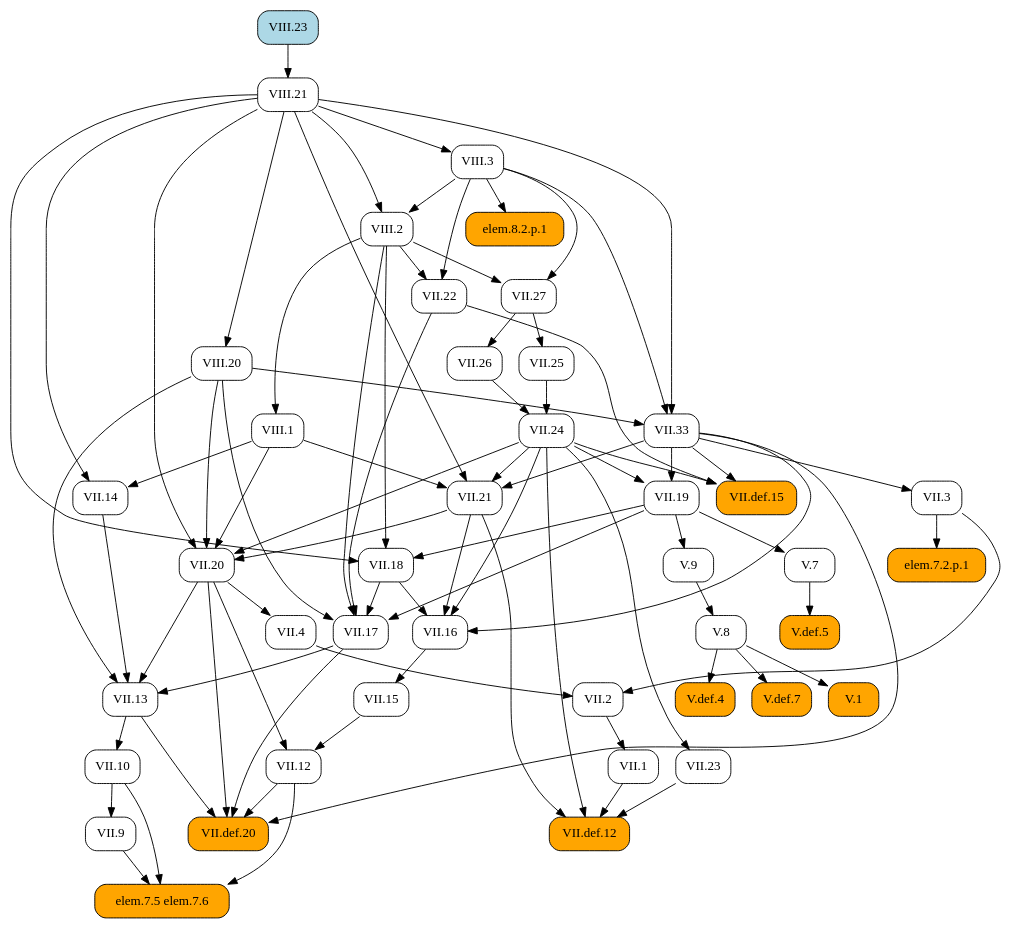
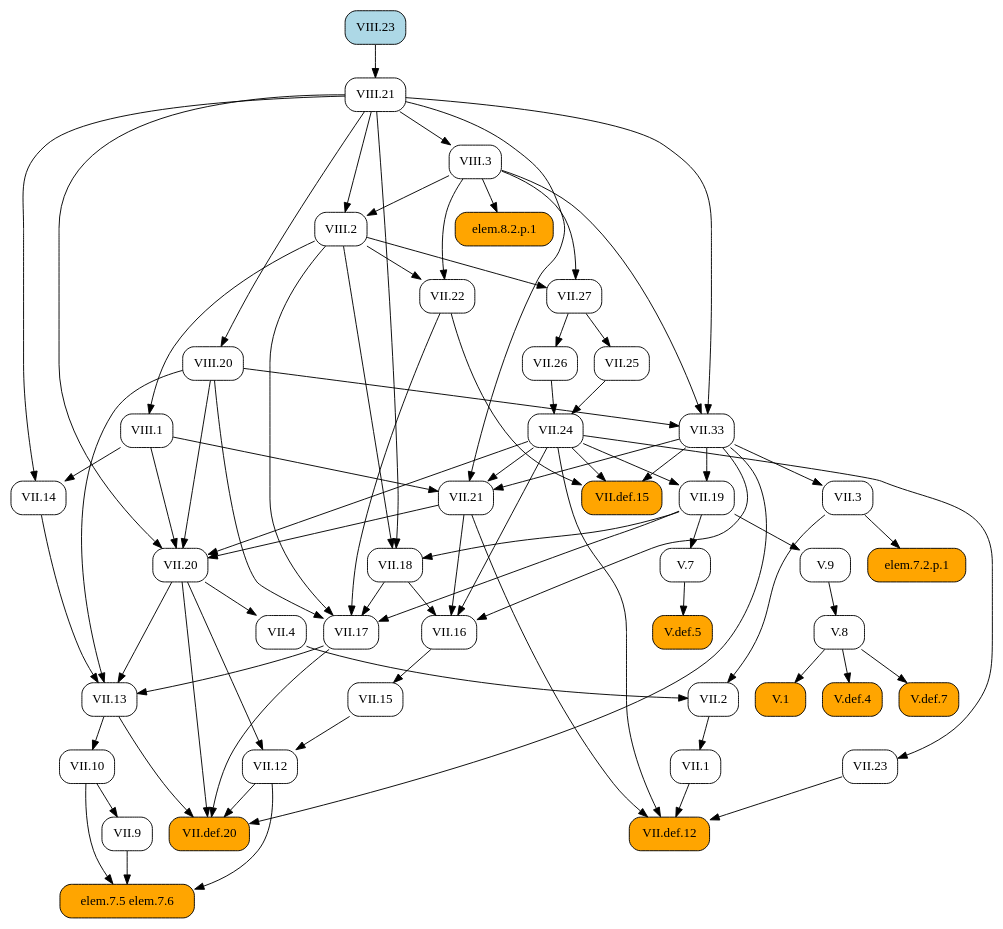
One commit to geometor/elements changed the diagram in docsrc/heath/VIII/23/index.rst. Above: the diagram before and after it, drawn with Graphviz. The commit also changed other lines of this file and 1029 other files, not shown here.

```diff
--- a/docsrc/heath/VIII/23/index.rst
+++ b/docsrc/heath/VIII/23/index.rst
@@ -30,127 +30,127 @@
    digraph {
      rankdir="TB";
      node [shape=box, style=rounded];
-     "V.1" [style="rounded,filled", fillcolor=orange, URL="/heath/V/1/", target="_top"];
+     "VII.1" [URL="/heath/VII/1/", target="_top"];
+     "VII.9" [URL="/heath/VII/9/", target="_top"];
+     "V.def.5" [style="rounded,filled", fillcolor=orange, URL="/heath/V/def.5/", target="_top"];
+     "VIII.23" [style="rounded,filled", fillcolor=lightblue, URL="/heath/VIII/23/", target="_top"];
+     "VII.3" [URL="/heath/VII/3/", target="_top"];
+     "VII.17" [URL="/heath/VII/17/", target="_top"];
+     "elem.7.5 elem.7.6" [style="rounded,filled", fillcolor=orange];
      "VIII.21" [URL="/heath/VIII/21/", target="_top"];
+     "V.7" [URL="/heath/V/7/", target="_top"];
+     "V.9" [URL="/heath/V/9/", target="_top"];
+     "VII.13" [URL="/heath/VII/13/", target="_top"];
+     "VII.2" [URL="/heath/VII/2/", target="_top"];
+     "VIII.1" [URL="/heath/VIII/1/", target="_top"];
+     "VIII.2" [URL="/heath/VIII/2/", target="_top"];
      "VII.12" [URL="/heath/VII/12/", target="_top"];
-     "VII.14" [URL="/heath/VII/14/", target="_top"];
-     "VII.13" [URL="/heath/VII/13/", target="_top"];
-     "VII.16" [URL="/heath/VII/16/", target="_top"];
-     "V.def.4" [style="rounded,filled", fillcolor=orange, URL="/heath/V/def.4/", target="_top"];
+     "VII.24" [URL="/heath/VII/24/", target="_top"];
+     "VII.def.12" [style="rounded,filled", fillcolor=orange, URL="/heath/VII/def.12/", target="_top"];
+     "V.8" [URL="/heath/V/8/", target="_top"];
+     "VII.33" [URL="/heath/VII/33/", target="_top"];
+     "elem.7.2.p.1" [style="rounded,filled", fillcolor=orange];
+     "VII.10" [URL="/heath/VII/10/", target="_top"];
      "VII.def.15" [style="rounded,filled", fillcolor=orange, URL="/heath/VII/def.15/", target="_top"];
      "VII.18" [URL="/heath/VII/18/", target="_top"];
-     "V.8" [URL="/heath/V/8/", target="_top"];
+     "VII.19" [URL="/heath/VII/19/", target="_top"];
+     "VII.16" [URL="/heath/VII/16/", target="_top"];
+     "VII.26" [URL="/heath/VII/26/", target="_top"];
+     "VII.4" [URL="/heath/VII/4/", target="_top"];
+     "VII.25" [URL="/heath/VII/25/", target="_top"];
      "VII.21" [URL="/heath/VII/21/", target="_top"];
+     "V.1" [style="rounded,filled", fillcolor=orange, URL="/heath/V/1/", target="_top"];
+     "VII.20" [URL="/heath/VII/20/", target="_top"];
+     "VII.14" [URL="/heath/VII/14/", target="_top"];
+     "VII.27" [URL="/heath/VII/27/", target="_top"];
+     "VIII.3" [URL="/heath/VIII/3/", target="_top"];
+     "V.def.4" [style="rounded,filled", fillcolor=orange, URL="/heath/V/def.4/", target="_top"];
+     "VII.22" [URL="/heath/VII/22/", target="_top"];
      "VIII.20" [URL="/heath/VIII/20/", target="_top"];
-     "V.7" [URL="/heath/V/7/", target="_top"];
-     "VII.def.12" [style="rounded,filled", fillcolor=orange, URL="/heath/VII/def.12/", target="_top"];
+     "V.def.7" [style="rounded,filled", fillcolor=orange, URL="/heath/V/def.7/", target="_top"];
+     "VII.23" [URL="/heath/VII/23/", target="_top"];
      "VII.15" [URL="/heath/VII/15/", target="_top"];
-     "VII.2" [URL="/heath/VII/2/", target="_top"];
      "VII.def.20" [style="rounded,filled", fillcolor=orange, URL="/heath/VII/def.20/", target="_top"];
-     "VII.3" [URL="/heath/VII/3/", target="_top"];
-     "elem.7.5 elem.7.6" [style="rounded,filled", fillcolor=orange];
      "elem.8.2.p.1" [style="rounded,filled", fillcolor=orange];
-     "VII.10" [URL="/heath/VII/10/", target="_top"];
-     "VIII.23" [style="rounded,filled", fillcolor=lightblue, URL="/heath/VIII/23/", target="_top"];
-     "V.def.7" [style="rounded,filled", fillcolor=orange, URL="/heath/V/def.7/", target="_top"];
-     "VII.20" [URL="/heath/VII/20/", target="_top"];
-     "VII.9" [URL="/heath/VII/9/", target="_top"];
-     "VIII.1" [URL="/heath/VIII/1/", target="_top"];
-     "VII.25" [URL="/heath/VII/25/", target="_top"];
-     "VII.23" [URL="/heath/VII/23/", target="_top"];
-     "VII.27" [URL="/heath/VII/27/", target="_top"];
-     "VIII.2" [URL="/heath/VIII/2/", target="_top"];
-     "VII.24" [URL="/heath/VII/24/", target="_top"];
-     "VIII.3" [URL="/heath/VIII/3/", target="_top"];
-     "VII.19" [URL="/heath/VII/19/", target="_top"];
-     "VII.4" [URL="/heath/VII/4/", target="_top"];
-     "elem.7.2.p.1" [style="rounded,filled", fillcolor=orange];
-     "V.9" [URL="/heath/V/9/", target="_top"];
-     "VII.26" [URL="/heath/VII/26/", target="_top"];
-     "VII.1" [URL="/heath/VII/1/", target="_top"];
-     "VII.22" [URL="/heath/VII/22/", target="_top"];
-     "VII.33" [URL="/heath/VII/33/", target="_top"];
-     "V.def.5" [style="rounded,filled", fillcolor=orange, URL="/heath/V/def.5/", target="_top"];
-     "VII.17" [URL="/heath/VII/17/", target="_top"];
-     "V.8" -> "V.1";
+     "VII.2" -> "VII.1";
+     "VII.10" -> "VII.9";
+     "V.7" -> "V.def.5";
+     "VII.33" -> "VII.3";
+     "VII.18" -> "VII.17";
+     "VII.19" -> "VII.17";
+     "VII.22" -> "VII.17";
+     "VIII.2" -> "VII.17";
+     "VIII.20" -> "VII.17";
+     "VII.9" -> "elem.7.5 elem.7.6";
+     "VII.10" -> "elem.7.5 elem.7.6";
+     "VII.12" -> "elem.7.5 elem.7.6";
      "VIII.23" -> "VIII.21";
-     "VII.15" -> "VII.12";
-     "VII.20" -> "VII.12";
-     "VIII.1" -> "VII.14";
-     "VIII.21" -> "VII.14";
+     "VII.19" -> "V.7";
+     "VII.19" -> "V.9";
      "VII.14" -> "VII.13";
      "VII.17" -> "VII.13";
      "VII.20" -> "VII.13";
      "VIII.20" -> "VII.13";
-     "VII.18" -> "VII.16";
-     "VII.21" -> "VII.16";
-     "VII.24" -> "VII.16";
-     "VII.33" -> "VII.16";
-     "V.8" -> "V.def.4";
+     "VII.3" -> "VII.2";
+     "VII.4" -> "VII.2";
+     "VIII.2" -> "VIII.1";
+     "VIII.3" -> "VIII.2";
+     "VIII.21" -> "VIII.2";
+     "VII.15" -> "VII.12";
+     "VII.20" -> "VII.12";
+     "VII.25" -> "VII.24";
+     "VII.26" -> "VII.24";
+     "VII.1" -> "VII.def.12";
+     "VII.21" -> "VII.def.12";
+     "VII.23" -> "VII.def.12";
+     "VII.24" -> "VII.def.12";
+     "V.9" -> "V.8";
+     "VIII.3" -> "VII.33";
+     "VIII.20" -> "VII.33";
+     "VIII.21" -> "VII.33";
+     "VII.3" -> "elem.7.2.p.1";
+     "VII.13" -> "VII.10";
      "VII.22" -> "VII.def.15";
      "VII.24" -> "VII.def.15";
      "VII.33" -> "VII.def.15";
      "VII.19" -> "VII.18";
      "VIII.2" -> "VII.18";
      "VIII.21" -> "VII.18";
-     "V.9" -> "V.8";
+     "VII.24" -> "VII.19";
+     "VII.33" -> "VII.19";
+     "VII.18" -> "VII.16";
+     "VII.21" -> "VII.16";
+     "VII.24" -> "VII.16";
+     "VII.33" -> "VII.16";
+     "VII.27" -> "VII.26";
+     "VII.20" -> "VII.4";
+     "VII.27" -> "VII.25";
      "VII.24" -> "VII.21";
      "VII.33" -> "VII.21";
      "VIII.1" -> "VII.21";
      "VIII.21" -> "VII.21";
+     "V.8" -> "V.1";
+     "VII.21" -> "VII.20";
+     "VII.24" -> "VII.20";
+     "VIII.1" -> "VII.20";
+     "VIII.20" -> "VII.20";
+     "VIII.21" -> "VII.20";
+     "VIII.1" -> "VII.14";
+     "VIII.21" -> "VII.14";
+     "VIII.2" -> "VII.27";
+     "VIII.3" -> "VII.27";
+     "VIII.21" -> "VIII.3";
+     "V.8" -> "V.def.4";
+     "VIII.2" -> "VII.22";
+     "VIII.3" -> "VII.22";
      "VIII.21" -> "VIII.20";
-     "VII.19" -> "V.7";
-     "VII.1" -> "VII.def.12";
-     "VII.21" -> "VII.def.12";
-     "VII.23" -> "VII.def.12";
-     "VII.24" -> "VII.def.12";
+     "V.8" -> "V.def.7";
+     "VII.24" -> "VII.23";
      "VII.16" -> "VII.15";
-     "VII.3" -> "VII.2";
-     "VII.4" -> "VII.2";
      "VII.12" -> "VII.def.20";
      "VII.13" -> "VII.def.20";
      "VII.17" -> "VII.def.20";
      "VII.20" -> "VII.def.20";
      "VII.33" -> "VII.def.20";
-     "VII.33" -> "VII.3";
-     "VII.9" -> "elem.7.5 elem.7.6";
-     "VII.10" -> "elem.7.5 elem.7.6";
-     "VII.12" -> "elem.7.5 elem.7.6";
      "VIII.3" -> "elem.8.2.p.1";
-     "VII.13" -> "VII.10";
-     "V.8" -> "V.def.7";
-     "VII.21" -> "VII.20";
-     "VII.24" -> "VII.20";
-     "VIII.1" -> "VII.20";
-     "VIII.20" -> "VII.20";
-     "VIII.21" -> "VII.20";
-     "VII.10" -> "VII.9";
-     "VIII.2" -> "VIII.1";
-     "VII.27" -> "VII.25";
-     "VII.24" -> "VII.23";
-     "VIII.2" -> "VII.27";
-     "VIII.3" -> "VII.27";
-     "VIII.3" -> "VIII.2";
-     "VIII.21" -> "VIII.2";
-     "VII.25" -> "VII.24";
-     "VII.26" -> "VII.24";
-     "VIII.21" -> "VIII.3";
-     "VII.24" -> "VII.19";
-     "VII.33" -> "VII.19";
-     "VII.20" -> "VII.4";
-     "VII.3" -> "elem.7.2.p.1";
-     "VII.19" -> "V.9";
-     "VII.27" -> "VII.26";
-     "VII.2" -> "VII.1";
-     "VIII.2" -> "VII.22";
-     "VIII.3" -> "VII.22";
-     "VIII.3" -> "VII.33";
-     "VIII.20" -> "VII.33";
-     "VIII.21" -> "VII.33";
-     "V.7" -> "V.def.5";
-     "VII.18" -> "VII.17";
-     "VII.19" -> "VII.17";
-     "VII.22" -> "VII.17";
-     "VIII.2" -> "VII.17";
-     "VIII.20" -> "VII.17";
    }
```
